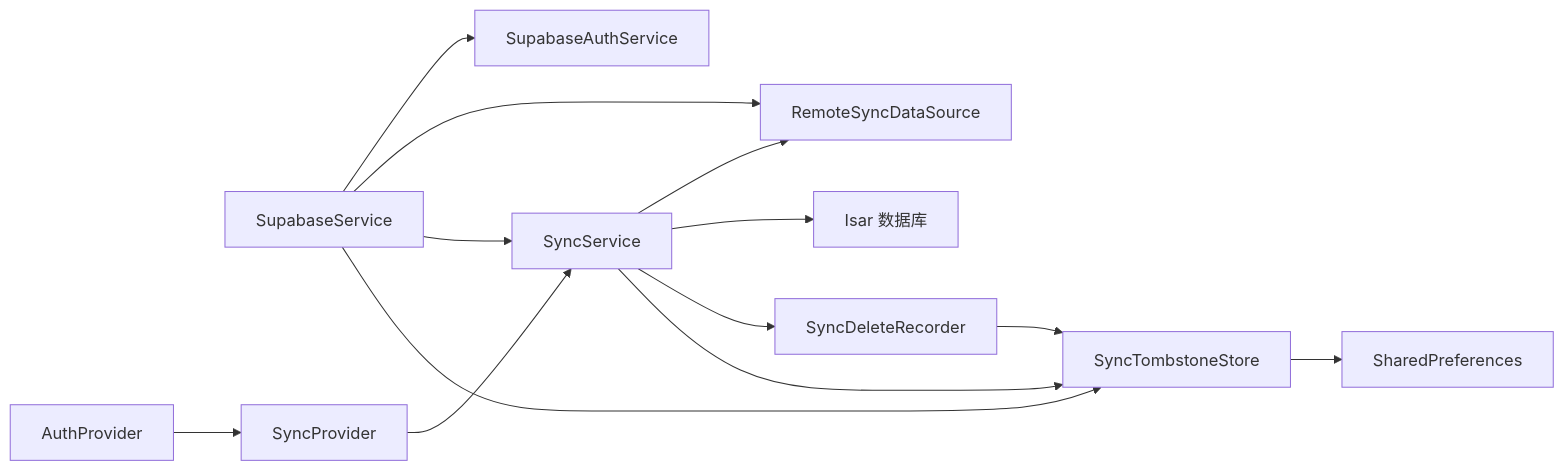
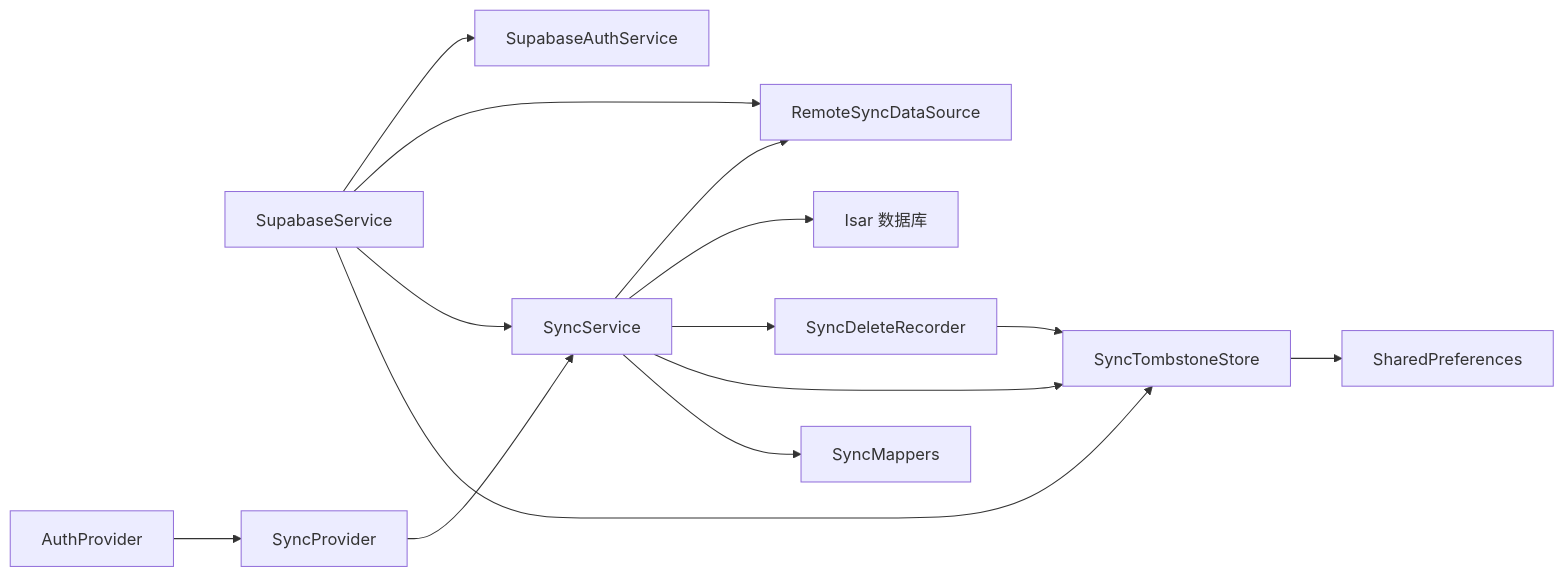
The seventh of 7 diagrams in .qoder/repowiki/zh/content/核心功能模块/云同步功能.md (ZTfer/Tinycast), drawn with Mermaid before and after one commit. The commit also changed other lines of this file and 4 other files, not shown here.

````diff
--- a/.qoder/repowiki/zh/content/核心功能模块/云同步功能.md
+++ b/.qoder/repowiki/zh/content/核心功能模块/云同步功能.md
@@ -370,15 +477,16 @@
 ```mermaid
 graph LR
 SupabaseService["SupabaseService"] --> AuthSvc["SupabaseAuthService"]
 SupabaseService --> RemoteDS["RemoteSyncDataSource"]
 SupabaseService --> SyncSvc["SyncService"]
 SupabaseService --> TombstoneStore["SyncTombstoneStore"]
 AuthProv["AuthProvider"] --> SyncProv["SyncProvider"]
 SyncProv --> SyncSvc
 SyncSvc --> RemoteDS
 SyncSvc --> Isar["Isar 数据库"]
 SyncSvc --> DeleteRecorder["SyncDeleteRecorder"]
 SyncSvc --> TombstoneStore
+SyncSvc --> Mappers["SyncMappers"]
 DeleteRecorder --> TombstoneStore
 TombstoneStore --> Prefs["SharedPreferences"]
 ```
````
